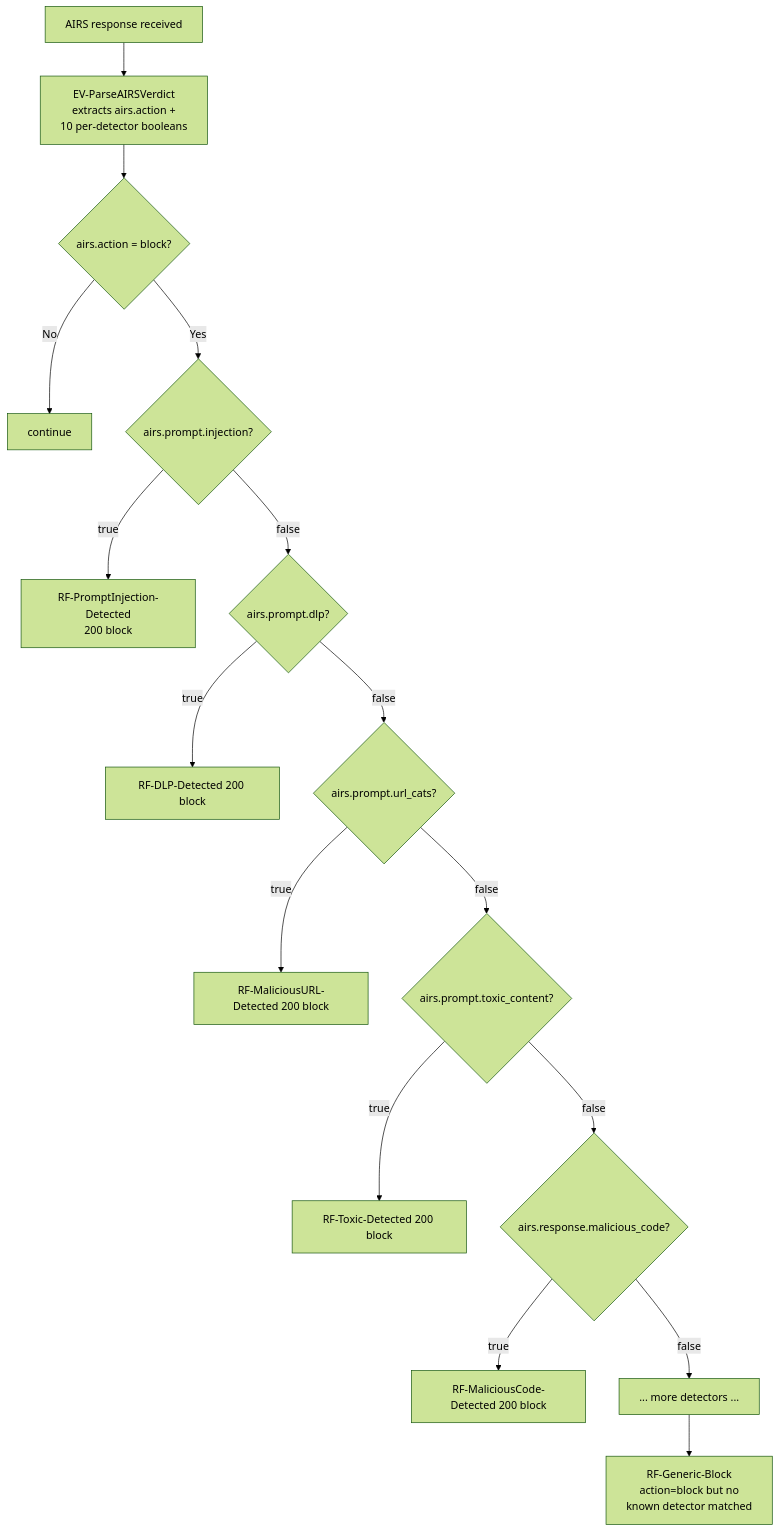
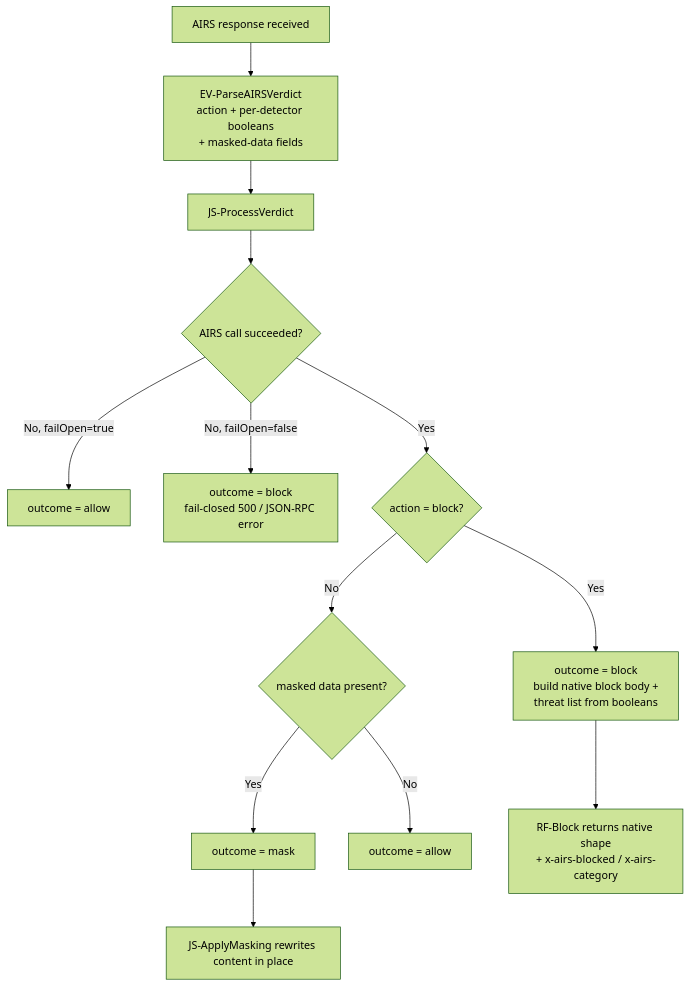
One commit to PaloAltoNetworks/prisma-airs-integrations changed the fourth of 5 diagrams in Google/apigee/sharedflow/ARCHITECTURE.md. Above: the diagram before and after it, drawn with Mermaid (forest theme). The commit also changed other lines of this file and 29 other files, not shown here.

````diff
--- a/Google/apigee/sharedflow/ARCHITECTURE.md
+++ b/Google/apigee/sharedflow/ARCHITECTURE.md
@@ -149,18 +166,15 @@
 ```mermaid
 flowchart TD
-    A[AIRS response received] --> B[EV-ParseAIRSVerdict<br/>extracts airs.action +<br/>10 per-detector booleans]
-    B --> C{airs.action = block?}
-    C -->|No| Z[continue]
-    C -->|Yes| D{airs.prompt.injection?}
-    D -->|true| D1[RF-PromptInjection-Detected<br/>200 block]
-    D -->|false| E{airs.prompt.dlp?}
-    E -->|true| E1[RF-DLP-Detected 200 block]
-    E -->|false| F{airs.prompt.url_cats?}
-    F -->|true| F1[RF-MaliciousURL-Detected 200 block]
-    F -->|false| G{airs.prompt.toxic_content?}
-    G -->|true| G1[RF-Toxic-Detected 200 block]
-    G -->|false| H{airs.response.malicious_code?}
-    H -->|true| H1[RF-MaliciousCode-Detected 200 block]
-    H -->|false| I[... more detectors ...]
-    I --> Y[RF-Generic-Block<br/>action=block but no<br/>known detector matched]
+    A[AIRS response received] --> B[EV-ParseAIRSVerdict<br/>action + per-detector booleans<br/>+ masked-data fields]
+    B --> C[JS-ProcessVerdict]
+    C --> D{AIRS call succeeded?}
+    D -->|No, failOpen=true| ALLOW[outcome = allow]
+    D -->|No, failOpen=false| BLK1[outcome = block<br/>fail-closed 500 / JSON-RPC error]
+    D -->|Yes| E{action = block?}
+    E -->|Yes| BLK2[outcome = block<br/>build native block body +<br/>threat list from booleans]
+    E -->|No| F{masked data present?}
+    F -->|Yes| MASK[outcome = mask]
+    F -->|No| ALLOW2[outcome = allow]
+    BLK2 --> RF[RF-Block returns native shape<br/>+ x-airs-blocked / x-airs-category]
+    MASK --> AM[JS-ApplyMasking rewrites content in place]
 ```
````
